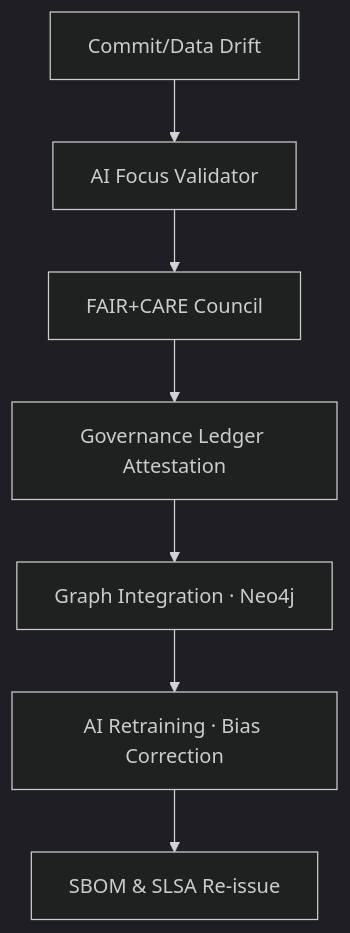
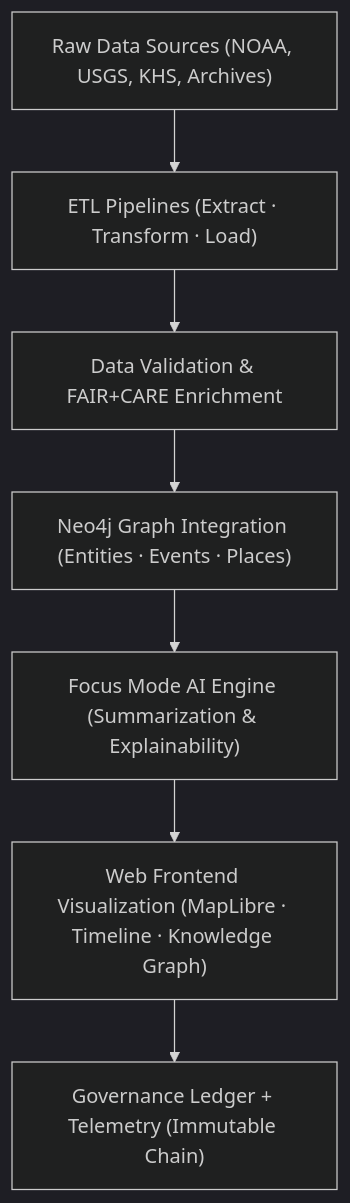
One commit to bartytime4life/Kansas-Frontier-Matrix changed the diagram in src/README.md. Above: the diagram before and after it, drawn with Mermaid (dark theme). The commit also changed other lines of this file, not shown here.

````diff
--- a/src/README.md
+++ b/src/README.md
@@ -97,9 +150,9 @@
 ```mermaid
-graph TD
-A[Commit/Data Drift]-->B[AI Focus Validator]
-B-->C[FAIR+CARE Council]
-C-->D[Governance Ledger Attestation]
-D-->E[Graph Integration · Neo4j]
-E-->F[AI Retraining · Bias Correction]
-F-->G[SBOM & SLSA Re-issue]
+flowchart TD
+    A["Raw Data Sources (NOAA, USGS, KHS, Archives)"] --> B["ETL Pipelines (Extract · Transform · Load)"]
+    B --> C["Data Validation & FAIR+CARE Enrichment"]
+    C --> D["Neo4j Graph Integration (Entities · Events · Places)"]
+    D --> E["Focus Mode AI Engine (Summarization & Explainability)"]
+    E --> F["Web Frontend Visualization (MapLibre · Timeline · Knowledge Graph)"]
+    F --> G["Governance Ledger + Telemetry (Immutable Chain)"]
 ```
````
